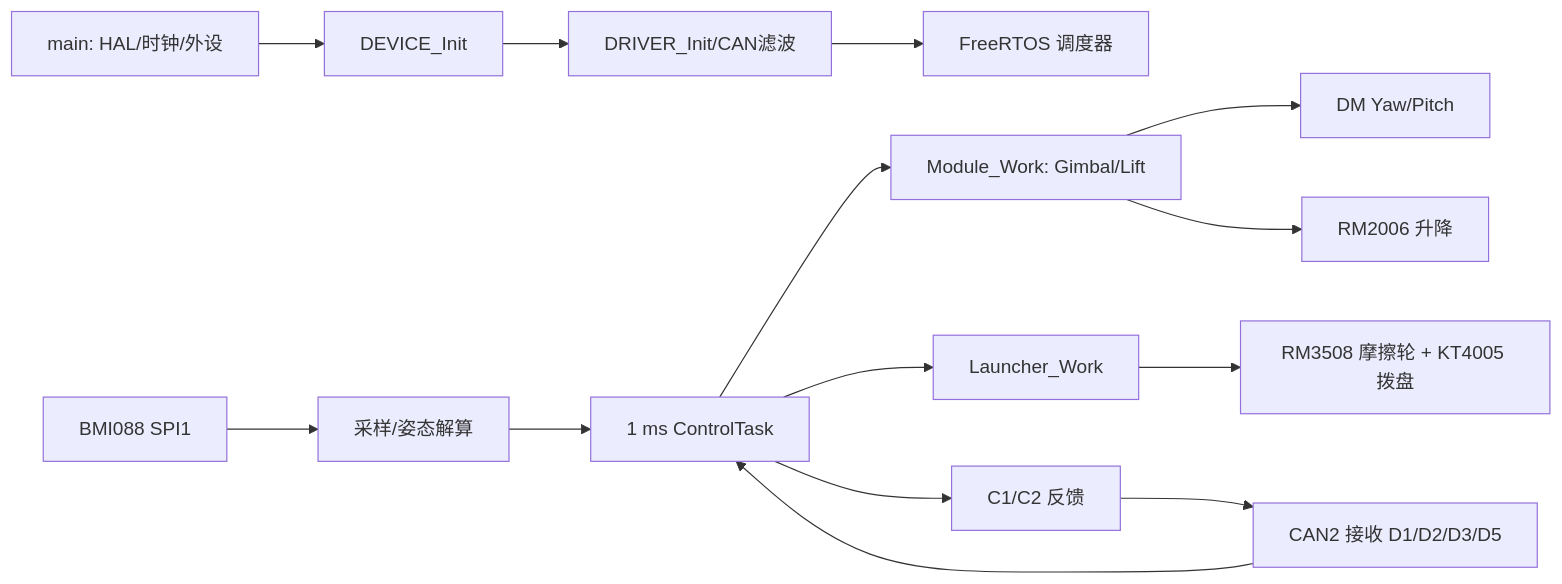
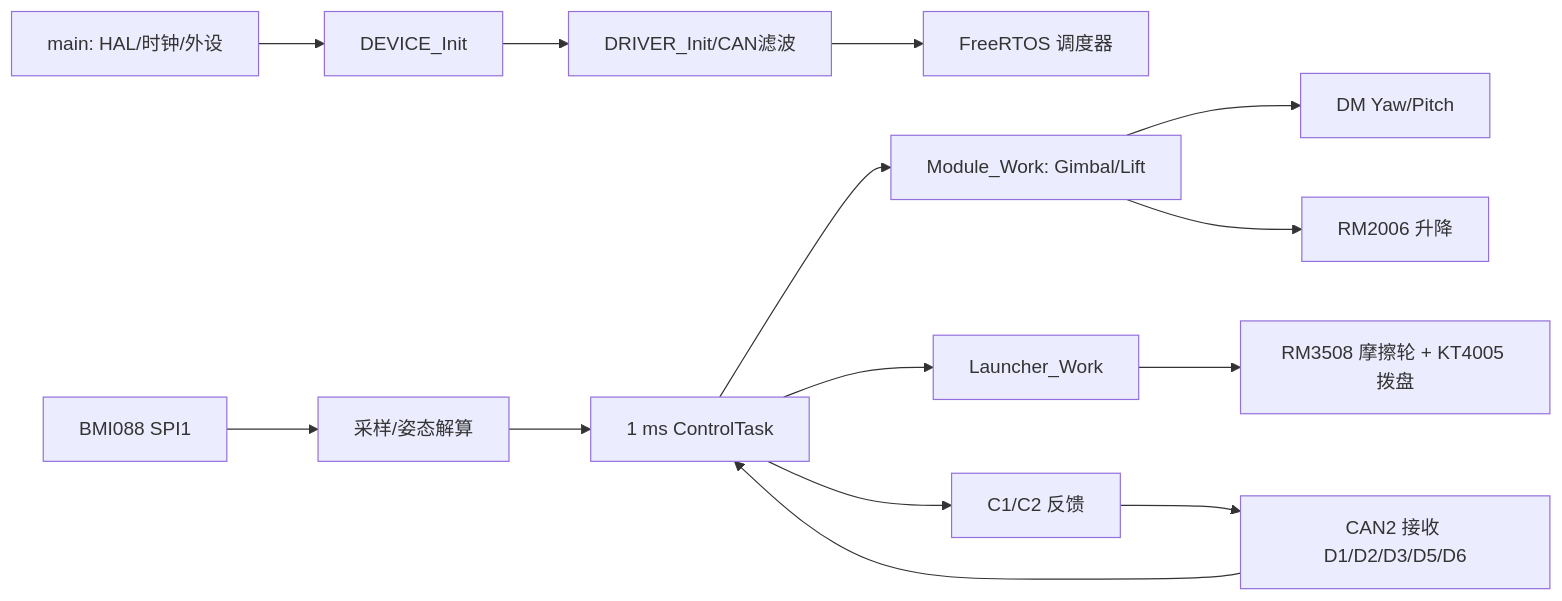
The diagram in task_up/Readme.md (RP27-EC/27_HQZ), drawn with Mermaid before and after one commit. The commit also changed other lines of this file and 23 other files, not shown here.

````diff
--- a/task_up/Readme.md
+++ b/task_up/Readme.md
@@ -11,16 +11,16 @@
 ```mermaid
 flowchart LR
   BOOT[main: HAL/时钟/外设] --> DEVICE[DEVICE_Init]
   DEVICE --> DRIVER[DRIVER_Init/CAN滤波]
   DRIVER --> RTOS[FreeRTOS 调度器]
   SPI[BMI088 SPI1] --> IMU[采样/姿态解算]
   IMU --> CTL[1 ms ControlTask]
-  CAN2[CAN2 接收 D1/D2/D3/D5] --> CTL
+  CAN2[CAN2 接收 D1/D2/D3/D5/D6] --> CTL
   CTL --> MODULE[Module_Work: Gimbal/Lift]
   CTL --> LAUNCH[Launcher_Work]
   MODULE --> DM[DM Yaw/Pitch]
   MODULE --> LIFT[RM2006 升降]
   LAUNCH --> FRIC[RM3508 摩擦轮 + KT4005 拨盘]
   CTL --> FEEDBACK[C1/C2 反馈]
   FEEDBACK --> CAN2
 ```
````
